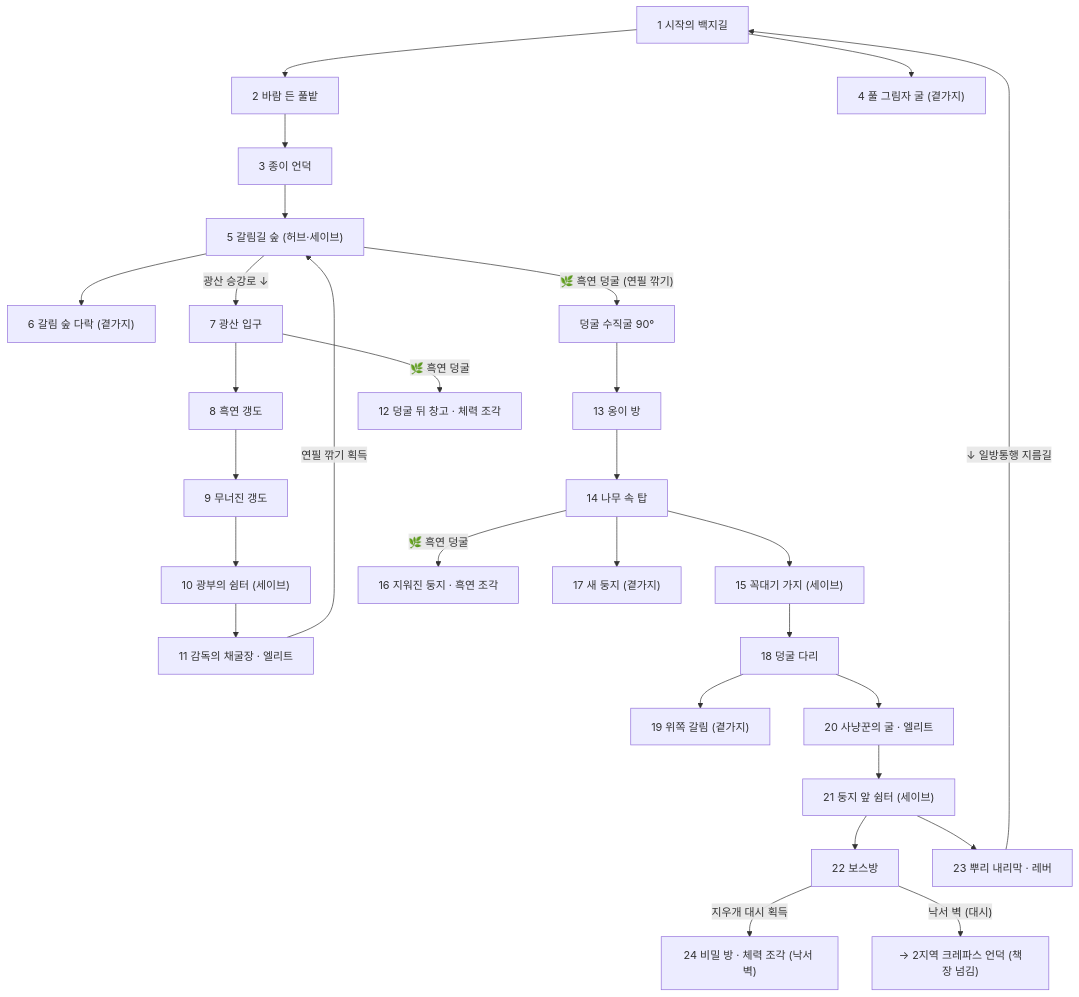
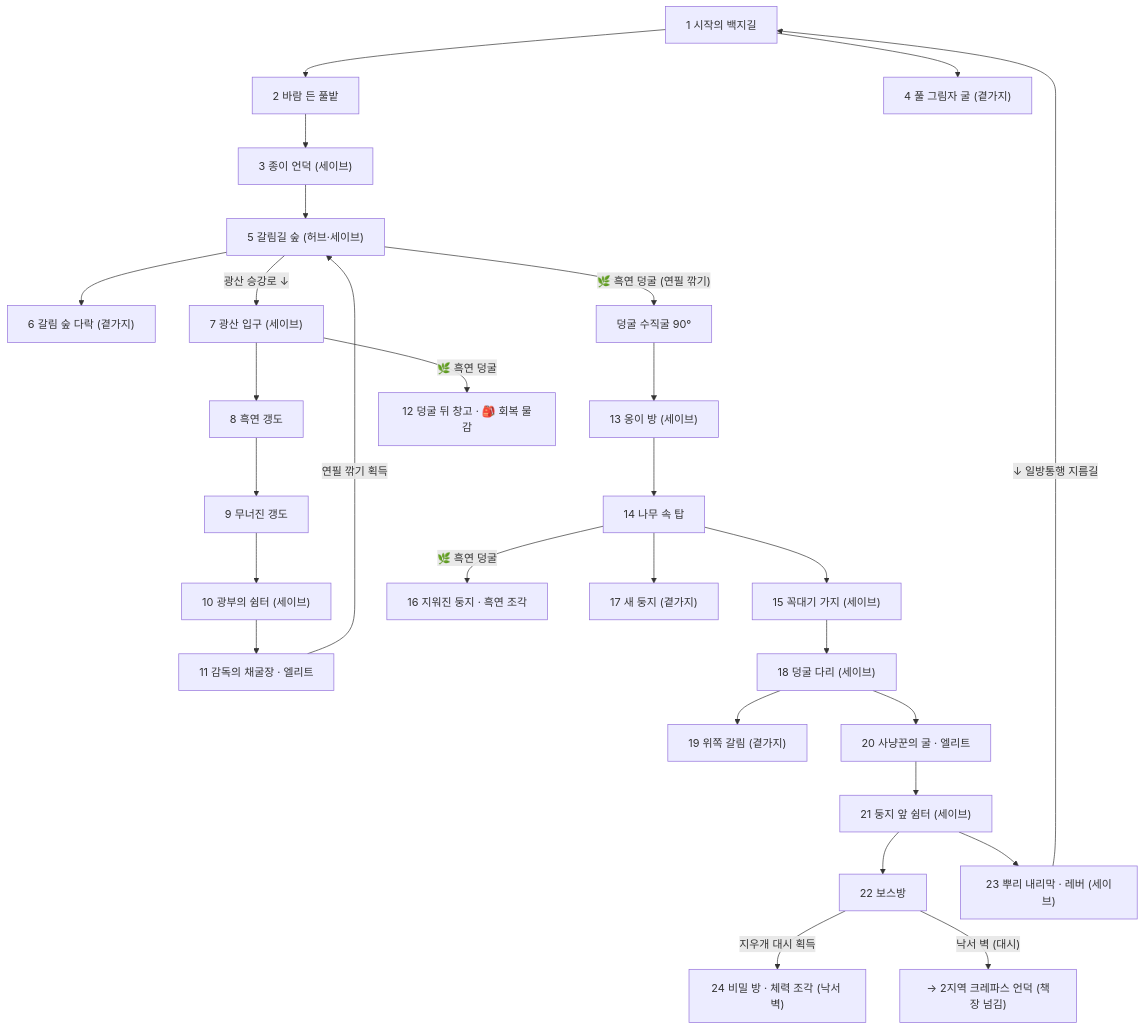
Before and after one commit to lde0707/Unfinished-Sketchbook: the diagram in Docs/04_1지역_연필숲_맵.md, drawn with Mermaid. The commit also changed other lines of this file and 17 other files, not shown here.

````diff
--- a/Docs/04_1지역_연필숲_맵.md
+++ b/Docs/04_1지역_연필숲_맵.md
@@ -41,17 +41,17 @@
 ```mermaid
 flowchart TD
-  S["1 시작의 백지길"] --> F["2 바람 든 풀밭"] --> H["3 종이 언덕"] --> HUB["5 갈림길 숲 (허브·세이브)"]
+  S["1 시작의 백지길"] --> F["2 바람 든 풀밭"] --> H["3 종이 언덕 (세이브)"] --> HUB["5 갈림길 숲 (허브·세이브)"]
   S --> G4["4 풀 그림자 굴 (곁가지)"]
   HUB --> LOFT["6 갈림 숲 다락 (곁가지)"]
-  HUB -->|"광산 승강로 ↓"| M7["7 광산 입구"] --> M8["8 흑연 갱도"] --> M9["9 무너진 갱도"] --> M10["10 광부의 쉼터 (세이브)"] --> M11["11 감독의 채굴장 · 엘리트"]
+  HUB -->|"광산 승강로 ↓"| M7["7 광산 입구 (세이브)"] --> M8["8 흑연 갱도"] --> M9["9 무너진 갱도"] --> M10["10 광부의 쉼터 (세이브)"] --> M11["11 감독의 채굴장 · 엘리트"]
   M11 -->|"연필 깎기 획득"| HUB
-  HUB -->|"🌿 흑연 덩굴 (연필 깎기)"| V["덩굴 수직굴 90°"] --> T13["13 옹이 방"] --> T14["14 나무 속 탑"] --> T15["15 꼭대기 가지 (세이브)"]
-  M7 -->|"🌿 흑연 덩굴"| M12["12 덩굴 뒤 창고 · 체력 조각"]
+  HUB -->|"🌿 흑연 덩굴 (연필 깎기)"| V["덩굴 수직굴 90°"] --> T13["13 옹이 방 (세이브)"] --> T14["14 나무 속 탑"] --> T15["15 꼭대기 가지 (세이브)"]
+  M7 -->|"🌿 흑연 덩굴"| M12["12 덩굴 뒤 창고 · 🎒 회복 물감"]
   T14 -->|"🌿 흑연 덩굴"| T16["16 지워진 둥지 · 흑연 조각"]
   T14 --> T17["17 새 둥지 (곁가지)"]
-  T15 --> D18["18 덩굴 다리"] --> D19["19 위쪽 갈림 (곁가지)"]
+  T15 --> D18["18 덩굴 다리 (세이브)"] --> D19["19 위쪽 갈림 (곁가지)"]
   D18 --> D20["20 사냥꾼의 굴 · 엘리트"] --> D21["21 둥지 앞 쉼터 (세이브)"] --> BOSS["22 보스방"]
-  D21 --> D23["23 뿌리 내리막 · 레버"] -->|"↓ 일방통행 지름길"| S
+  D21 --> D23["23 뿌리 내리막 · 레버 (세이브)"] -->|"↓ 일방통행 지름길"| S
   BOSS -->|"지우개 대시 획득"| SEC["24 비밀 방 · 체력 조각 (낙서 벽)"]
   BOSS -->|"낙서 벽 (대시)"| EXIT["→ 2지역 크레파스 언덕 (책장 넘김)"]
 ```
````
